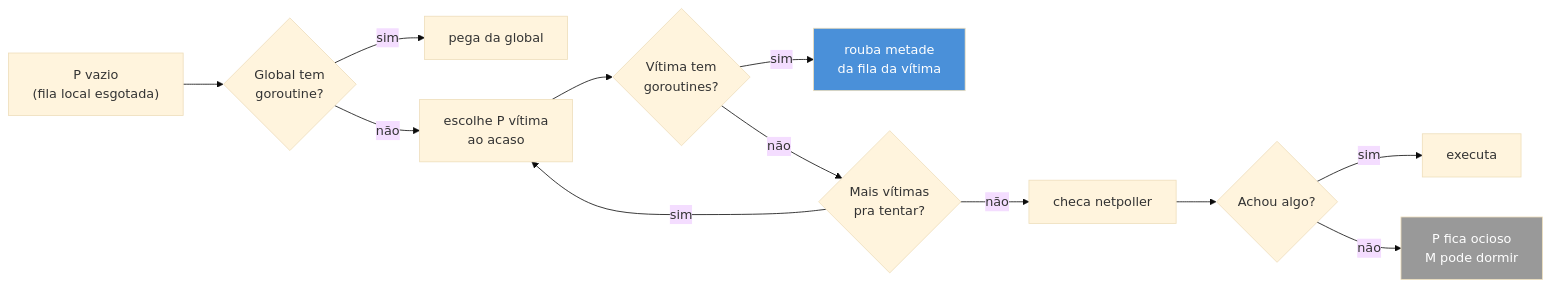
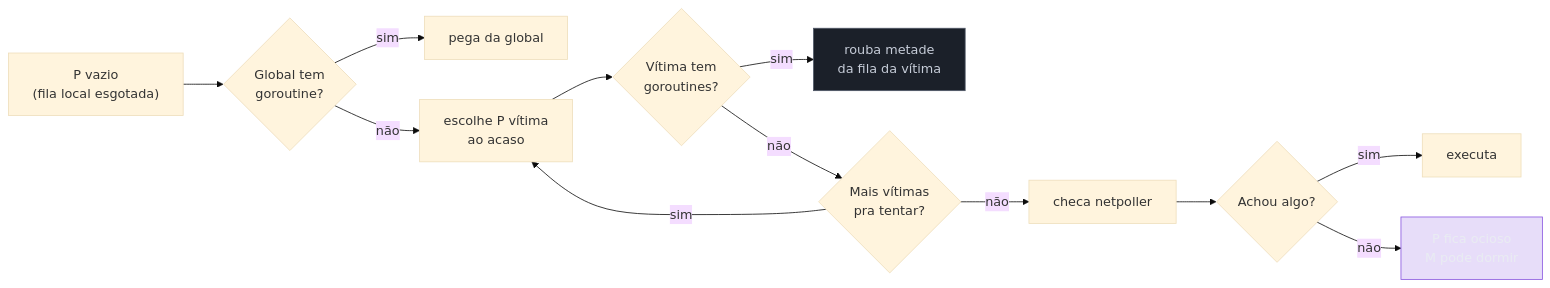
The third of 5 diagrams in 03-Dominios/Tecnologia/Go/17 - Runtime interno/02 - O scheduler GMP a fundo.md (josenaldo/codex-technomanticus), drawn with Mermaid (base theme) before and after one commit. The commit also changed other lines of this file and 1181 other files, not shown here.

First line of the commit message:
fix(diagramas): paleta do sistema no lugar de cor cravada no markdown

````diff
--- a/03-Dominios/Tecnologia/Go/17 - Runtime interno/02 - O scheduler GMP a fundo.md
+++ b/03-Dominios/Tecnologia/Go/17 - Runtime interno/02 - O scheduler GMP a fundo.md
@@ -112,17 +115,19 @@
 ```mermaid
 flowchart LR
+    classDef neutro fill:#1B2029,stroke:#4E5666,color:#C6CCD8
+    classDef marca fill:#8855DF33,stroke:#8855DF,color:#E9ECF2
     A["P vazio\n(fila local esgotada)"] --> B{Global tem\ngoroutine?}
     B -->|sim| C["pega da global"]
     B -->|não| D["escolhe P vítima\nao acaso"]
     D --> E{Vítima tem\ngoroutines?}
     E -->|sim| F["rouba metade\nda fila da vítima"]
     E -->|não| G{Mais vítimas\npra tentar?}
     G -->|sim| D
     G -->|não| H["checa netpoller"]
     H --> I{Achou algo?}
     I -->|sim| J["executa"]
     I -->|não| K["P fica ocioso\nM pode dormir"]
 
-    style F fill:#4A90D9,color:#fff
-    style K fill:#999,color:#fff
+    class F neutro
+    class K marca
 ```
````
